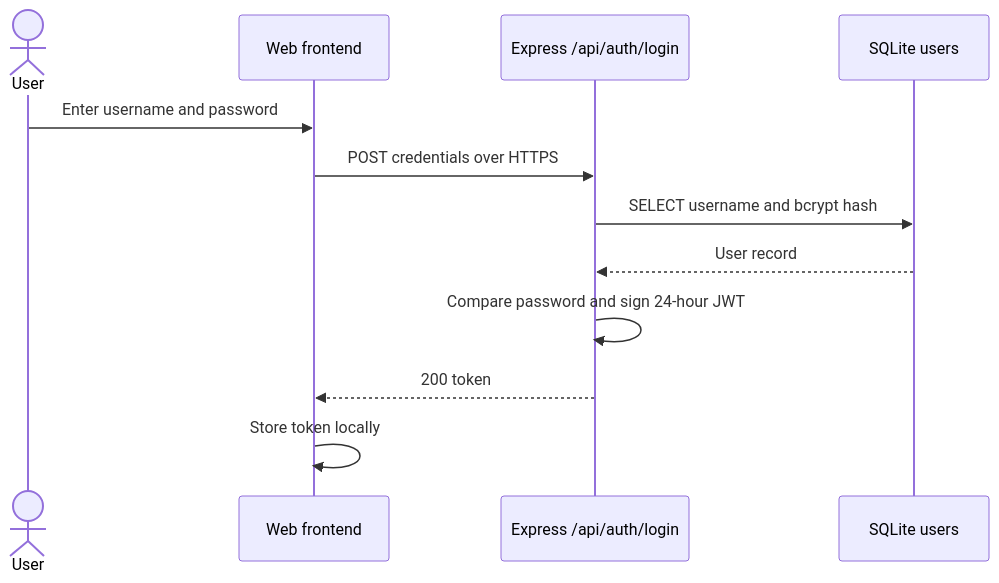
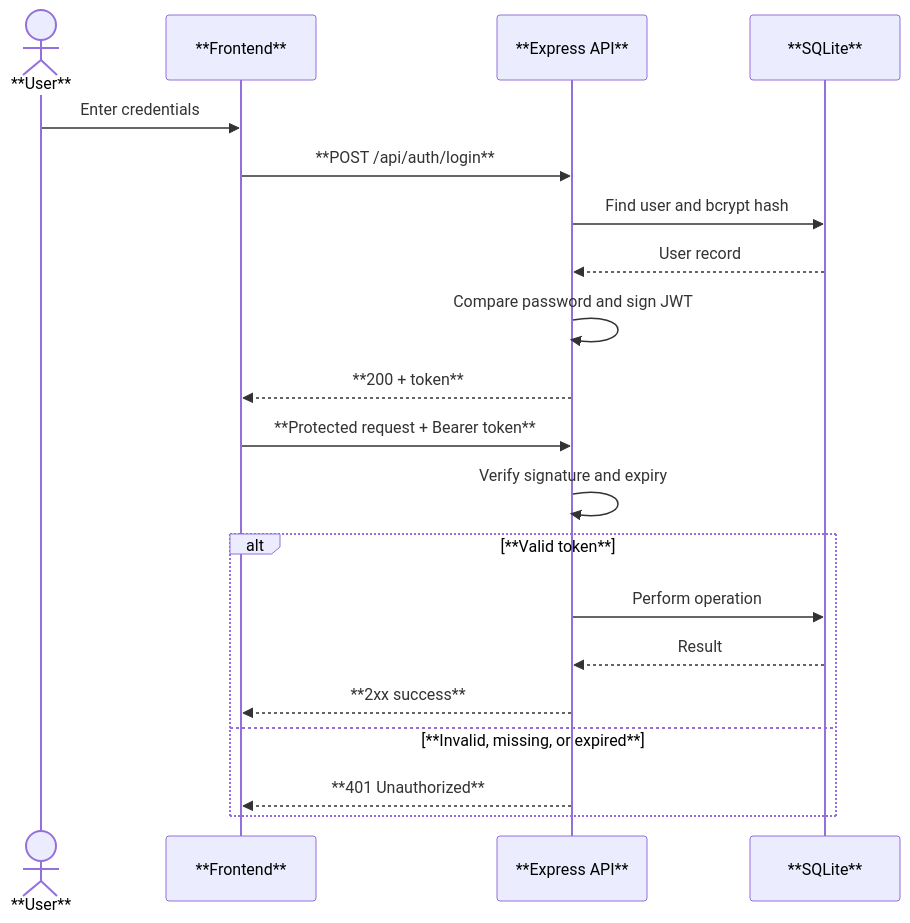
The diagram in docs/access-control-sequences.md (VictorWu-oss/SWE-Group-Project), drawn with Mermaid before and after one commit. The commit also changed other lines of this file, not shown here.

Commit message:
docs: compress access control sequence diagram

````diff
--- a/docs/access-control-sequences.md
+++ b/docs/access-control-sequences.md
@@ -7,14 +5,22 @@
 ```mermaid
 sequenceDiagram
-  actor User
-  participant Web as Web frontend
-  participant API as Express /api/auth/login
-  participant DB as SQLite users
-  User->>Web: Enter username and password
-  Web->>API: POST credentials over HTTPS
-  API->>DB: SELECT username and bcrypt hash
-  DB-->>API: User record
-  API->>API: Compare password and sign 24-hour JWT
-  API-->>Web: 200 token
-  Web->>Web: Store token locally
+  actor U as **User**
+  participant F as **Frontend**
+  participant A as **Express API**
+  participant D as **SQLite**
+  U->>F: Enter credentials
+  F->>A: **POST /api/auth/login**
+  A->>D: Find user and bcrypt hash
+  D-->>A: User record
+  A->>A: Compare password and sign JWT
+  A-->>F: **200 + token**
+  F->>A: **Protected request + Bearer token**
+  A->>A: Verify signature and expiry
+  alt **Valid token**
+    A->>D: Perform operation
+    D-->>A: Result
+    A-->>F: **2xx success**
+  else **Invalid, missing, or expired**
+    A-->>F: **401 Unauthorized**
+  end
 ```
````
